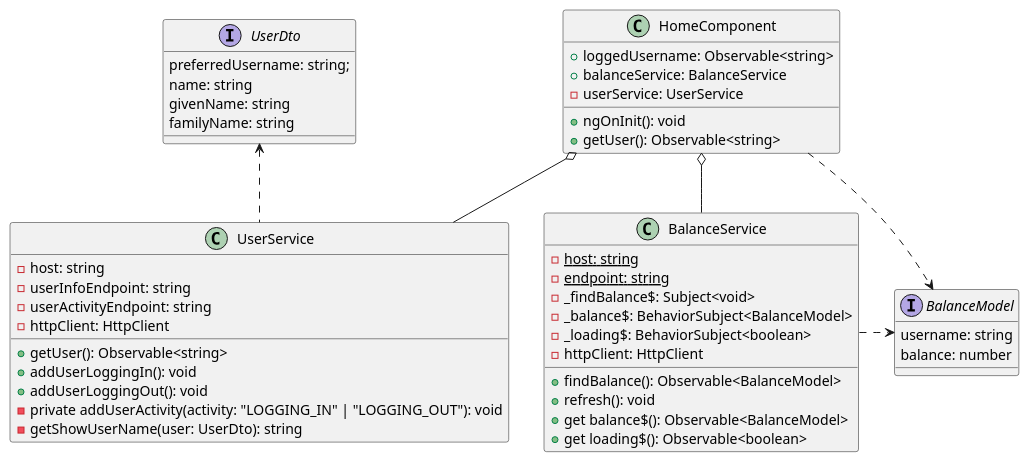
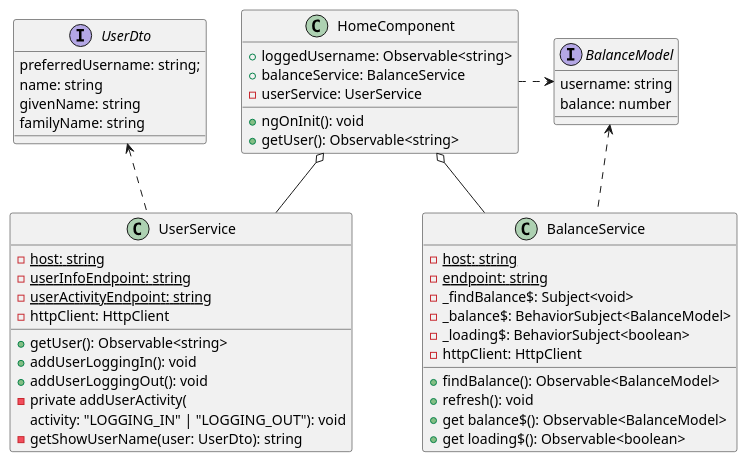
The diagram in diagrams/class-diagrams/frontend/home-class-diagram.puml (lukaszse/simple-bills), drawn with PlantUML before and after one commit. The commit also changed 8 other files, not shown here.

Commit message:
update diagram and gui app improvements

```diff
--- a/diagrams/class-diagrams/frontend/home-class-diagram.puml
+++ b/diagrams/class-diagrams/frontend/home-class-diagram.puml
@@ -1,56 +1,57 @@
 @startuml
 'https://plantuml.com/sequence-diagram
 
 class HomeComponent {
     +loggedUsername: Observable<string>
     +balanceService: BalanceService
     -userService: UserService
     +ngOnInit(): void
     +getUser(): Observable<string>
 }
 
 class BalanceService {
-    -{static} host: string
-    -{static} endpoint: string
+    -{static}host: string
+    -{static}endpoint: string
     -_findBalance$: Subject<void>
     -_balance$: BehaviorSubject<BalanceModel>
     -_loading$: BehaviorSubject<boolean>
     -httpClient: HttpClient
    +findBalance(): Observable<BalanceModel>
    +refresh(): void
    +get balance$(): Observable<BalanceModel>
    +get loading$(): Observable<boolean>
 }
 
 interface BalanceModel {
   username: string
   balance: number
 }
 
 class UserService {
-    -host: string
-    -userInfoEndpoint: string
-    -userActivityEndpoint: string
+    -{static}host: string
+    -{static}userInfoEndpoint: string
+    -{static}userActivityEndpoint: string
     -httpClient: HttpClient
     +getUser(): Observable<string>
     +addUserLoggingIn(): void
     +addUserLoggingOut(): void
-    -private addUserActivity(activity: "LOGGING_IN" | "LOGGING_OUT"): void
+    -private addUserActivity(
+    activity: "LOGGING_IN" | "LOGGING_OUT"): void
     -getShowUserName(user: UserDto): string
 }
 
 interface UserDto {
   preferredUsername: string;
   name: string
   givenName: string
   familyName: string
 }
 
 HomeComponent o-- BalanceService
 HomeComponent o-- UserService
-HomeComponent ..> BalanceModel
-BalanceService .right.> BalanceModel
+HomeComponent .right.> BalanceModel
+BalanceService .up.> BalanceModel
 UserService .up.> UserDto
 
 
 @enduml
```
